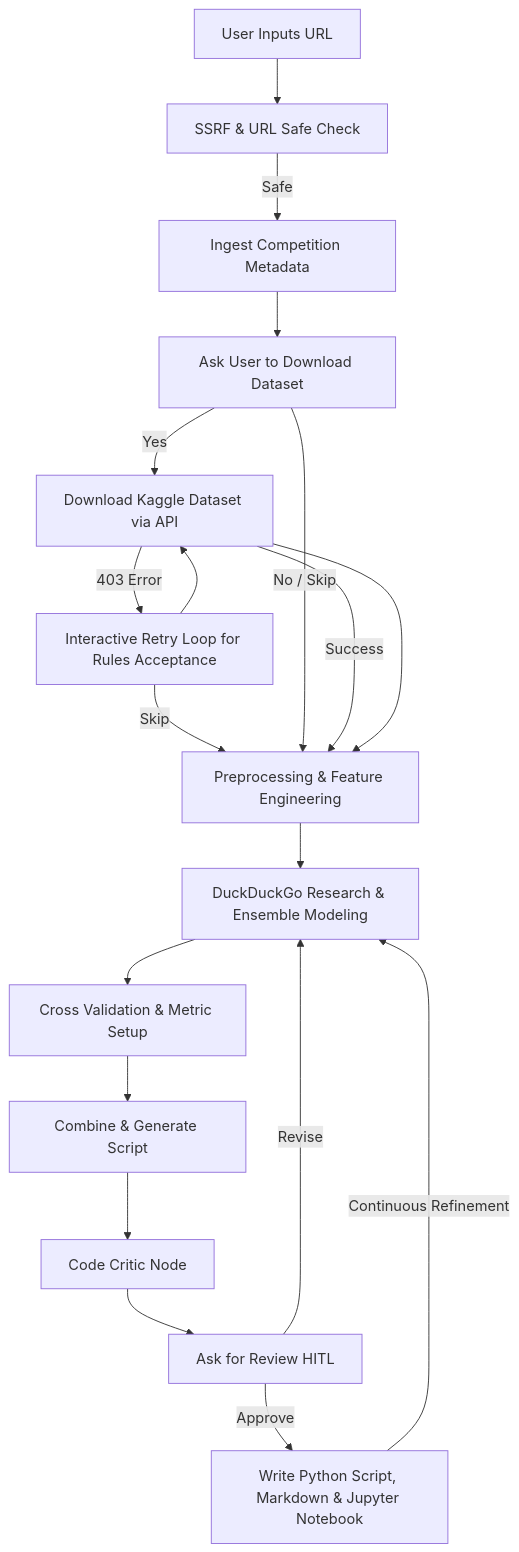
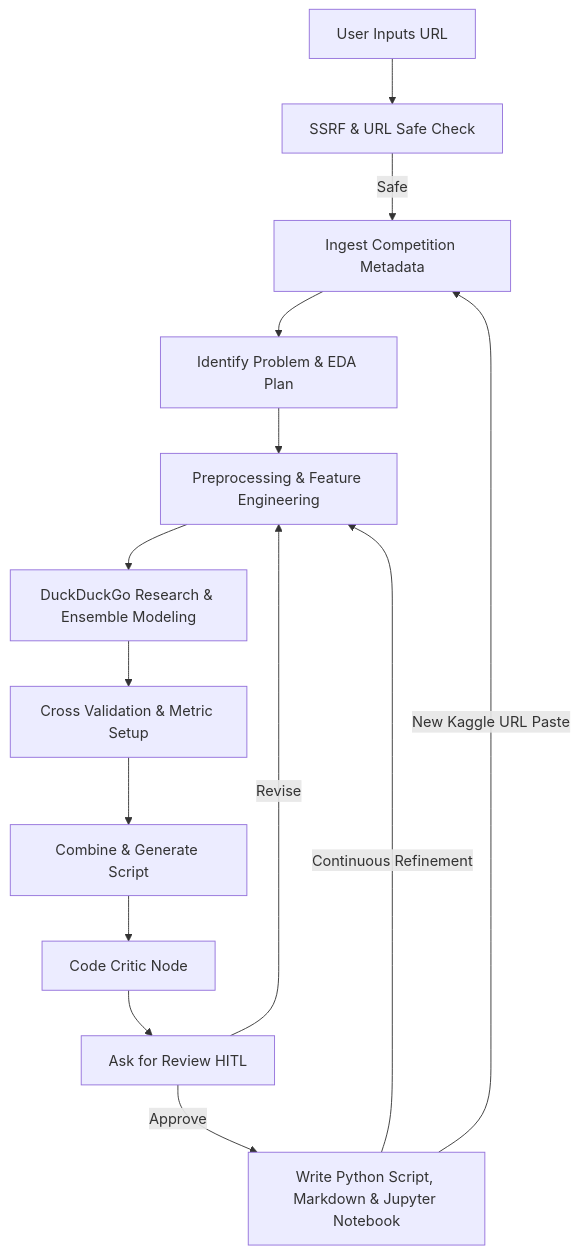
The diagram in kaggle-copilot/README.md (devsu88/vibecoding-agents-capstone-project), drawn with Mermaid before and after one commit. The commit also changed other lines of this file and 8 other files, not shown here.

Commit message:
refactor: remove interactive dataset download functionality and implement node execution caching

````diff
--- a/kaggle-copilot/README.md
+++ b/kaggle-copilot/README.md
@@ -13,21 +13,16 @@
 ```mermaid
 graph TD
     A[User Inputs URL] --> B[SSRF & URL Safe Check]
     B -->|Safe| C[Ingest Competition Metadata]
-    C --> D[Ask User to Download Dataset]
-    D -->|Yes| E[Download Kaggle Dataset via API]
-    E -->|403 Error| E_Error[Interactive Retry Loop for Rules Acceptance]
-    E_Error --> E
-    E_Error -->|Skip| F
-    D -->|No / Skip| F[Identify Problem & EDA Plan]
-    E -->|Success| F
-    E --> F[Preprocessing & Feature Engineering]
-    F --> G[DuckDuckGo Research & Ensemble Modeling]
-    G --> H[Cross Validation & Metric Setup]
-    H --> I[Combine & Generate Script]
-    I --> J[Code Critic Node]
-    J --> K[Ask for Review HITL]
-    K -->|Revise| G
-    K -->|Approve| L[Write Python Script, Markdown & Jupyter Notebook]
-    L -->|Continuous Refinement| G
+    C --> F[Identify Problem & EDA Plan]
+    F --> G[Preprocessing & Feature Engineering]
+    G --> H[DuckDuckGo Research & Ensemble Modeling]
+    H --> I[Cross Validation & Metric Setup]
+    I --> J[Combine & Generate Script]
+    J --> K[Code Critic Node]
+    K --> L[Ask for Review HITL]
+    L -->|Revise| G
+    L -->|Approve| M[Write Python Script, Markdown & Jupyter Notebook]
+    M -->|Continuous Refinement| G
+    M -->|New Kaggle URL Paste| C
 ```
````
